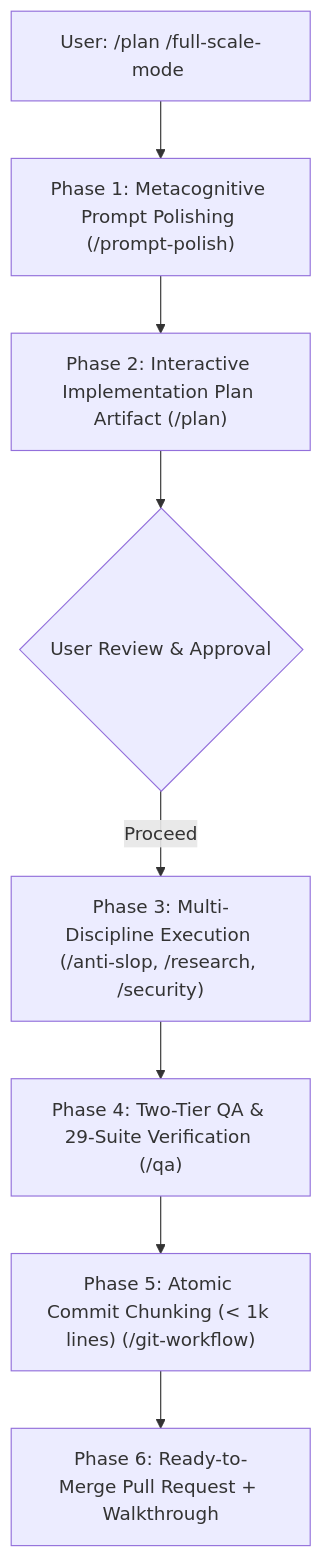
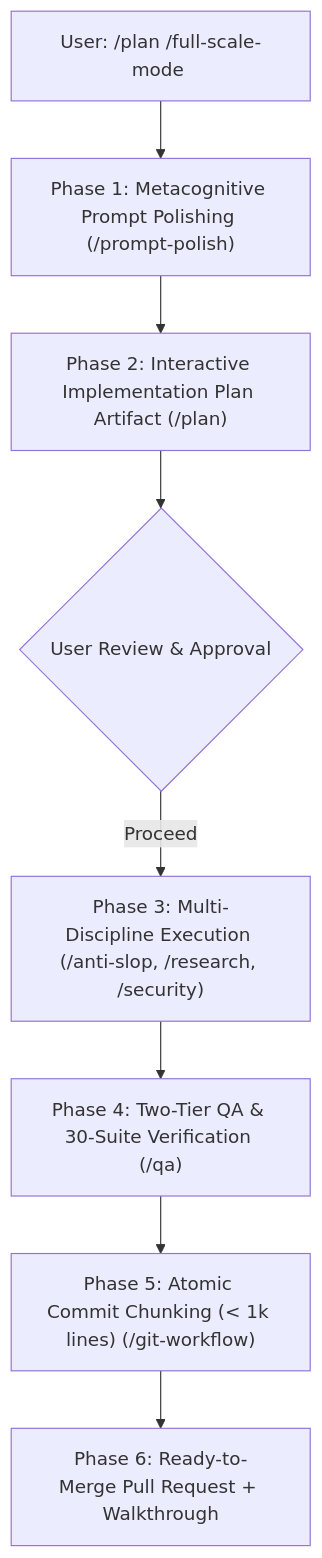
Before and after one commit to darknecrocities/SkillBuilder: the first of 2 diagrams in README.md, drawn with Mermaid. The commit also changed other lines of this file and 12 other files, not shown here.

````diff
--- a/README.md
+++ b/README.md
@@ -123,10 +123,10 @@
 ```mermaid
 flowchart TD
     INPUT["User: /plan /full-scale-mode <Task>"] --> PPE["Phase 1: Metacognitive Prompt Polishing (/prompt-polish)"]
     PPE --> PLAN["Phase 2: Interactive Implementation Plan Artifact (/plan)"]
     PLAN --> APPROVE{"User Review & Approval"}
     APPROVE -- "Proceed" --> EXEC["Phase 3: Multi-Discipline Execution (/anti-slop, /research, /security)"]
-    EXEC --> QA["Phase 4: Two-Tier QA & 29-Suite Verification (/qa)"]
+    EXEC --> QA["Phase 4: Two-Tier QA & 30-Suite Verification (/qa)"]
     QA --> CHUNK["Phase 5: Atomic Commit Chunking (< 1k lines) (/git-workflow)"]
     CHUNK --> PR["Phase 6: Ready-to-Merge Pull Request + Walkthrough"]
 ```
````
